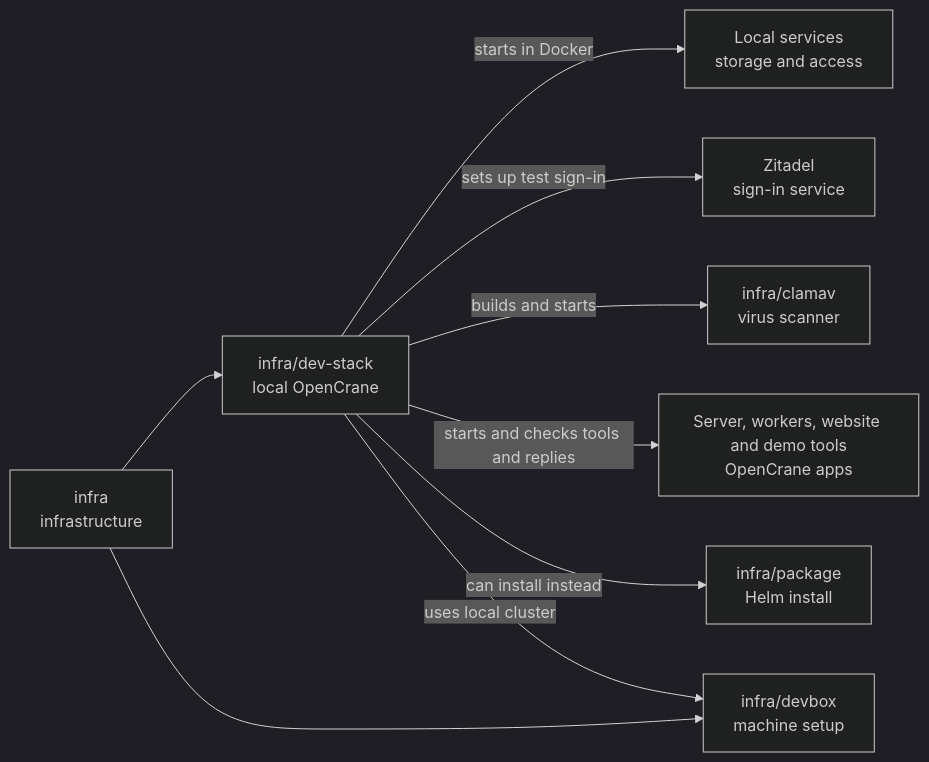
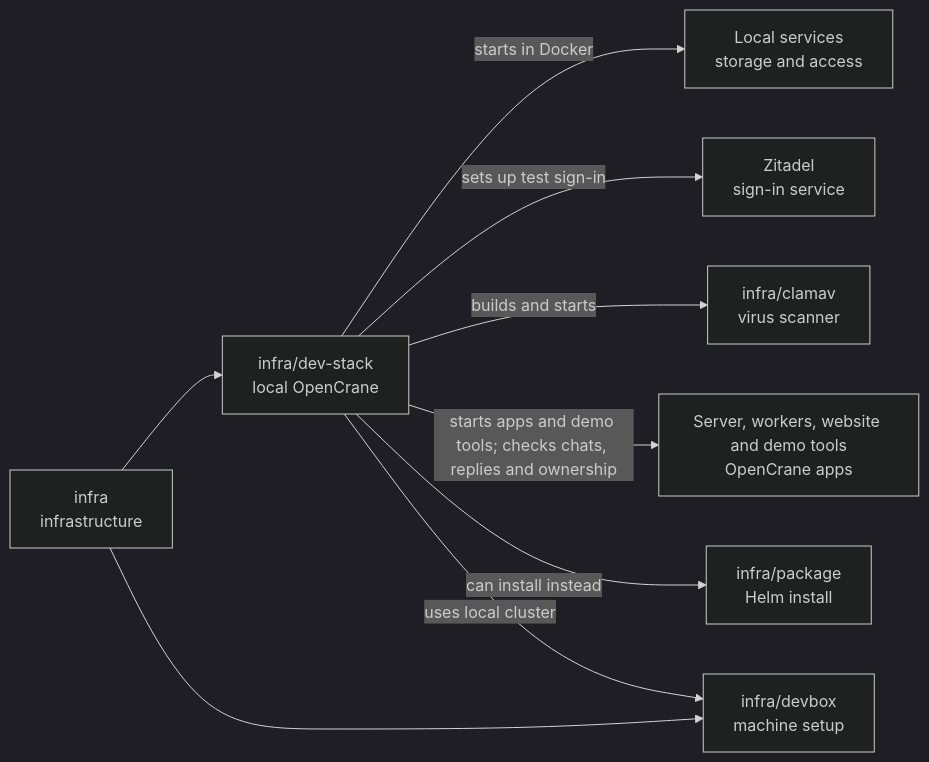
One commit to elewa-git/opencrane-new changed the diagram in infra/dev-stack/README.md. Above: the diagram before and after it, drawn with Mermaid (dark theme). The commit also changed other lines of this file and 322 other files, not shown here.

````diff
--- a/infra/dev-stack/README.md
+++ b/infra/dev-stack/README.md
@@ -16,11 +16,11 @@
 ```mermaid
 flowchart LR
   infra["infra<br/>infrastructure"] --> stack["infra/dev-stack<br/>local OpenCrane"]
   infra --> devbox["infra/devbox<br/>machine setup"]
   stack -->|starts in Docker| services["Local services<br/>storage and access"]
   stack -->|sets up test sign-in| zitadel["Zitadel<br/>sign-in service"]
   stack -->|builds and starts| clamav["infra/clamav<br/>virus scanner"]
-  stack -->|starts and checks tools and replies| apps["Server, workers, website and demo tools<br/>OpenCrane apps"]
+  stack -->|starts apps and demo tools; checks chats, replies and ownership| apps["Server, workers, website and demo tools<br/>OpenCrane apps"]
   stack -->|can install instead| package["infra/package<br/>Helm install"]
   stack -->|uses local cluster| devbox
 ```
````
